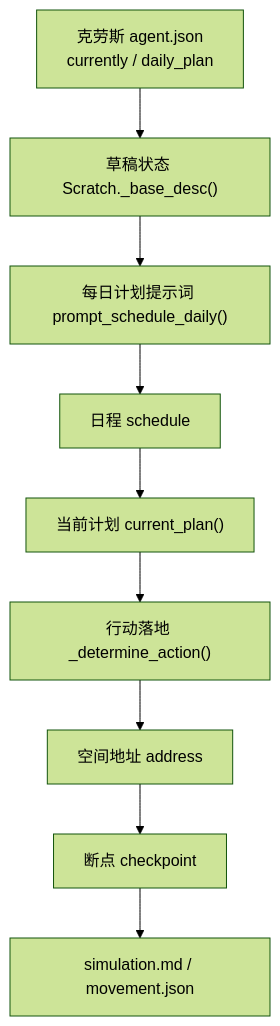
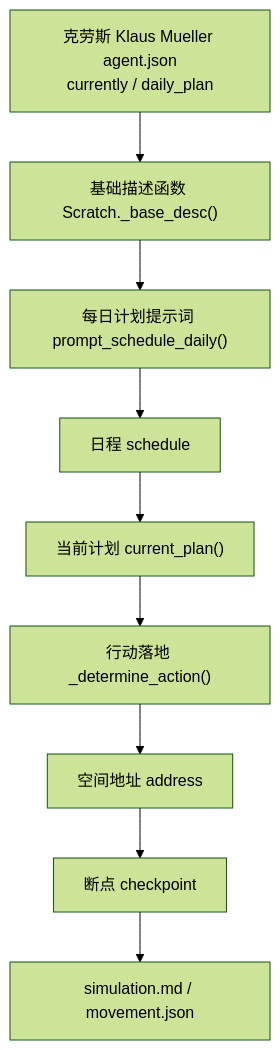
Before and after one commit to tbkken/GenerativeAgentsCN: the second of 3 diagrams in docs/book/manuscript/part_04/chapter_26.md, drawn with Mermaid (forest theme). The commit also changed other lines of this file and 51 other files, not shown here.

````diff
--- a/docs/book/manuscript/part_04/chapter_26.md
+++ b/docs/book/manuscript/part_04/chapter_26.md
@@ -274,11 +274,11 @@
 ```mermaid
 flowchart TD
-    Config["克劳斯 agent.json<br/>currently / daily_plan"] --> Scratch["草稿状态 Scratch._base_desc()"]
+    Config["克劳斯 Klaus Mueller agent.json<br/>currently / daily_plan"] --> Scratch["基础描述函数 Scratch._base_desc()"]
     Scratch --> DailyPrompt["每日计划提示词 prompt_schedule_daily()"]
     DailyPrompt --> Schedule["日程 schedule"]
     Schedule --> CurrentPlan["当前计划 current_plan()"]
     CurrentPlan --> Determine["行动落地 _determine_action()"]
     Determine --> Address["空间地址 address"]
     Address --> Checkpoint["断点 checkpoint"]
     Checkpoint --> Compress["simulation.md / movement.json"]
 ```
````
